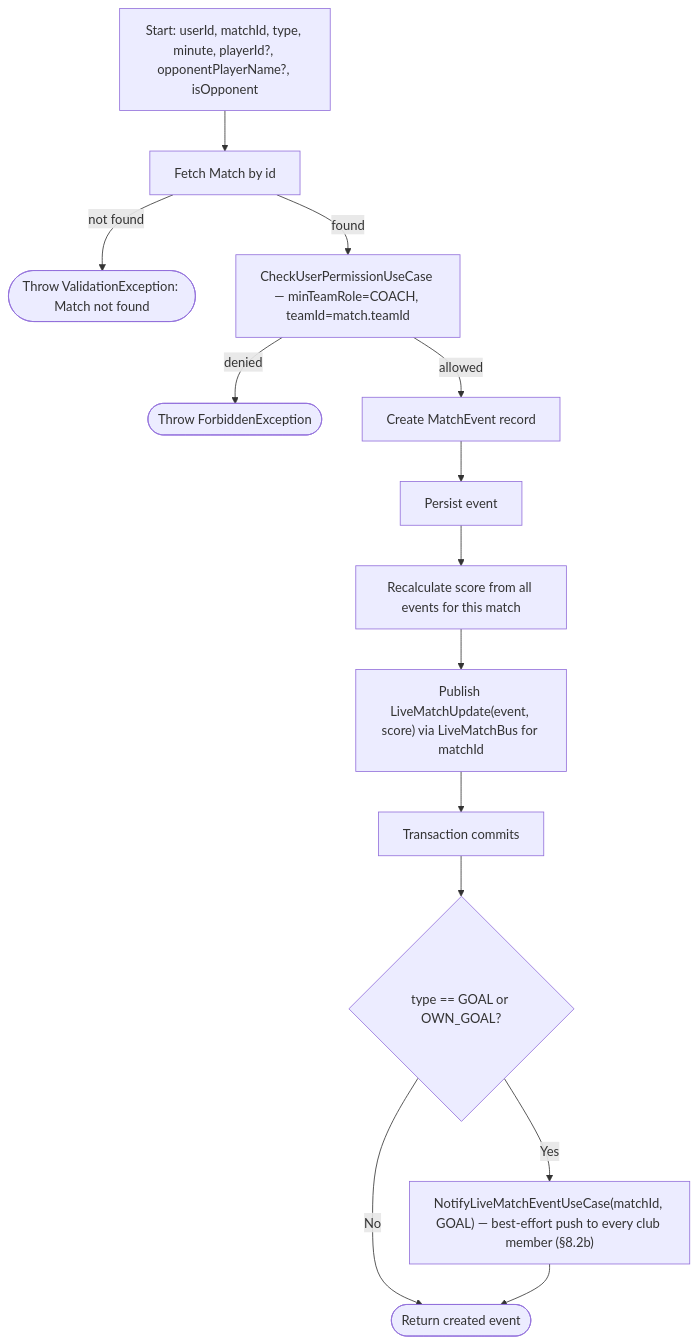
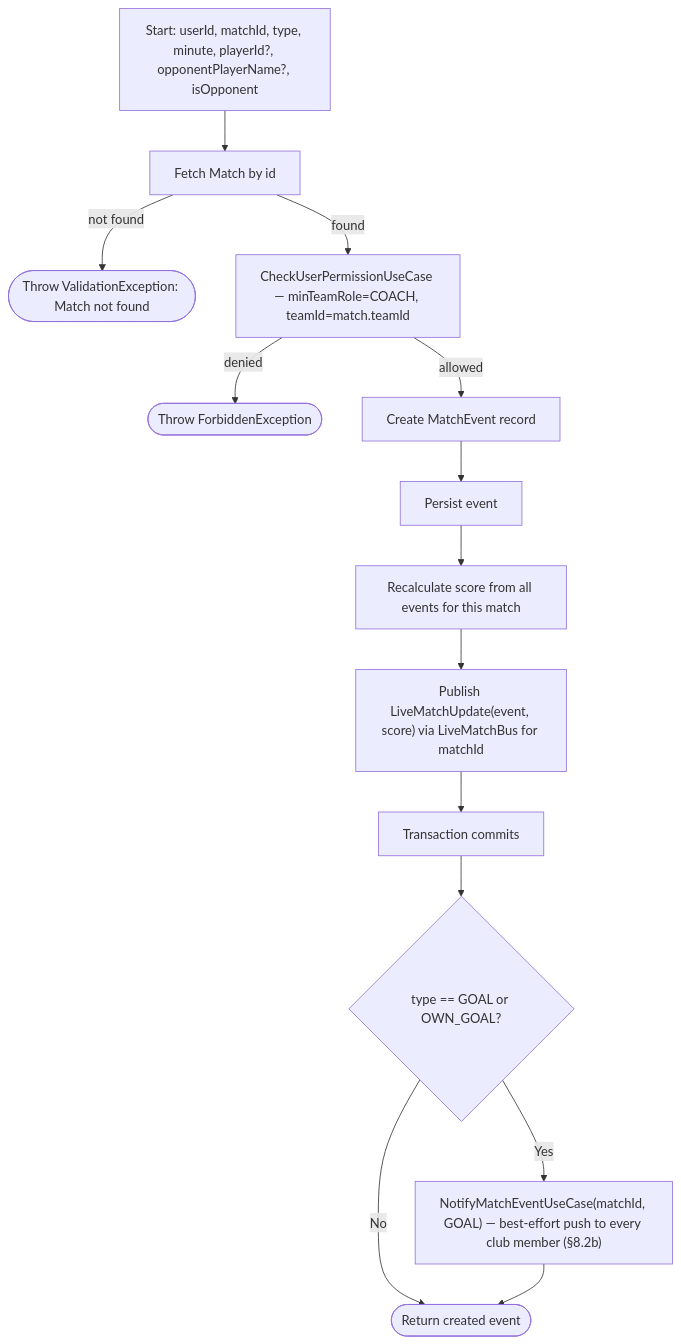
One commit to ricardofrango/squadify changed diagram 39 of 48 in PROCESS_FLOWS.md. Above: the diagram before and after it, drawn with Mermaid. The commit also changed other lines of this file and 19 other files, not shown here.

````diff
--- a/PROCESS_FLOWS.md
+++ b/PROCESS_FLOWS.md
@@ -827,16 +836,16 @@
 ```mermaid
 graph TD
     A[Start: userId, matchId, type, minute, playerId?, opponentPlayerName?, isOpponent] --> B[Fetch Match by id]
     B -- not found --> V(["Throw ValidationException: Match not found"])
     B -- found --> C[CheckUserPermissionUseCase — minTeamRole=COACH, teamId=match.teamId]
     C -- denied --> F(["Throw ForbiddenException"])
     C -- allowed --> D[Create MatchEvent record]
     D --> E[Persist event]
     E --> G["Recalculate score from all events for this match"]
     G --> H["Publish LiveMatchUpdate(event, score) via LiveMatchBus for matchId"]
     H --> I["Transaction commits"]
     I --> J{"type == GOAL or OWN_GOAL?"}
-    J -- Yes --> K["NotifyLiveMatchEventUseCase(matchId, GOAL) — best-effort push to every club member (§8.2b)"]
+    J -- Yes --> K["NotifyMatchEventUseCase(matchId, GOAL) — best-effort push to every club member (§8.2b)"]
     J -- No --> Z
     K --> Z(["Return created event"])
 ```
````
